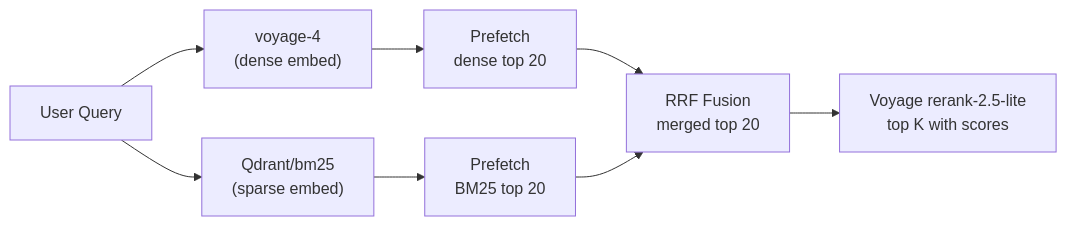
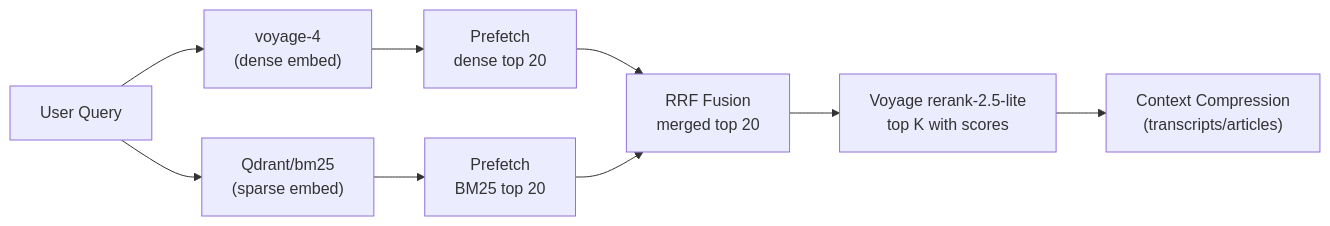
The seventh of 7 diagrams in docs/lyra-pipeline.md (ancientnerds/AncientMap), drawn with Mermaid before and after one commit. The commit also changed other lines of this file and 4 other files, not shown here.

````diff
--- a/docs/lyra-pipeline.md
+++ b/docs/lyra-pipeline.md
@@ -468,10 +468,11 @@
 ```mermaid
 flowchart LR
     Q["User Query"] --> DE["voyage-4\n(dense embed)"]
     Q --> SE["Qdrant/bm25\n(sparse embed)"]
     DE --> PF1["Prefetch\ndense top 20"]
     SE --> PF2["Prefetch\nBM25 top 20"]
     PF1 --> RRF["RRF Fusion\nmerged top 20"]
     PF2 --> RRF
     RRF --> RR["Voyage rerank-2.5-lite\ntop K with scores"]
+    RR --> CC["Context Compression\n(transcripts/articles)"]
 ```
````
